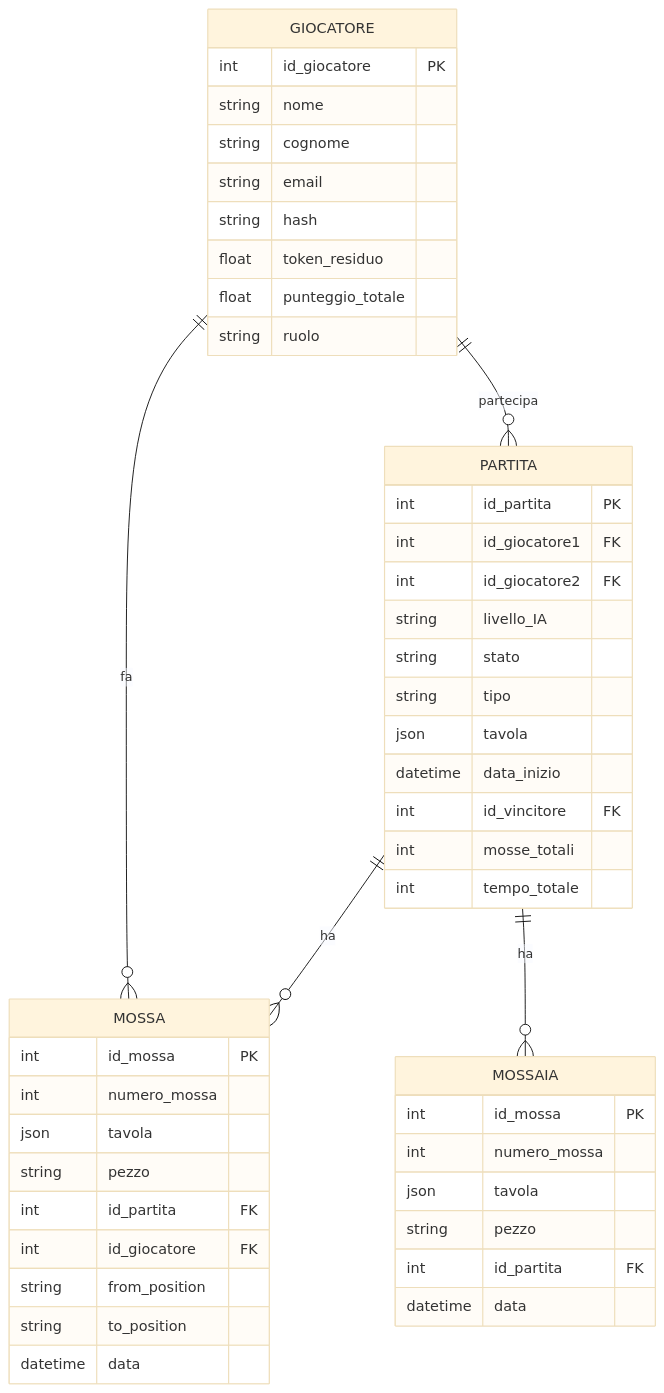
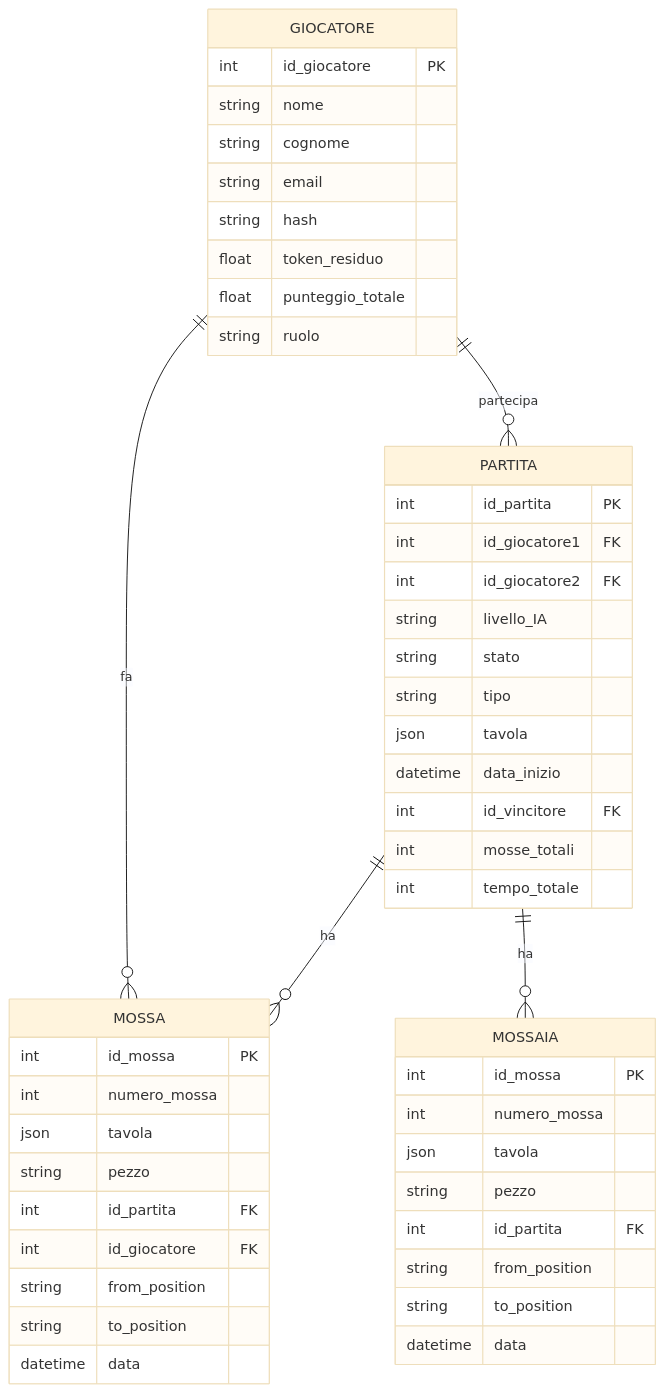
One commit to diegosantarelli/checkers_pa changed the second of 12 diagrams in README.md. Above: the diagram before and after it, drawn with Mermaid (base theme). The commit also changed other lines of this file, not shown here.

````diff
--- a/README.md
+++ b/README.md
@@ -187,53 +234,55 @@
 ```mermaid
 erDiagram
   GIOCATORE {
     int id_giocatore PK
     string nome
     string cognome
     string email
     string hash
     float token_residuo
     float punteggio_totale
     string ruolo
   }
 
   PARTITA {
     int id_partita PK
     int id_giocatore1 FK
     int id_giocatore2 FK
     string livello_IA
     string stato
     string tipo
     json tavola
     datetime data_inizio
     int id_vincitore FK
     int mosse_totali
     int tempo_totale
   }
 
   MOSSA {
     int id_mossa PK
     int numero_mossa
     json tavola
     string pezzo
     int id_partita FK
     int id_giocatore FK
     string from_position
     string to_position
     datetime data
   }
 
   MOSSAIA {
     int id_mossa PK
     int numero_mossa
     json tavola
     string pezzo
     int id_partita FK
+    string from_position
+    string to_position
     datetime data
   }
 
   GIOCATORE ||--o{ PARTITA : "partecipa"
   GIOCATORE ||--o{ MOSSA : "fa"
   PARTITA ||--o{ MOSSA : "ha"
   PARTITA ||--o{ MOSSAIA : "ha"
   ```
````
